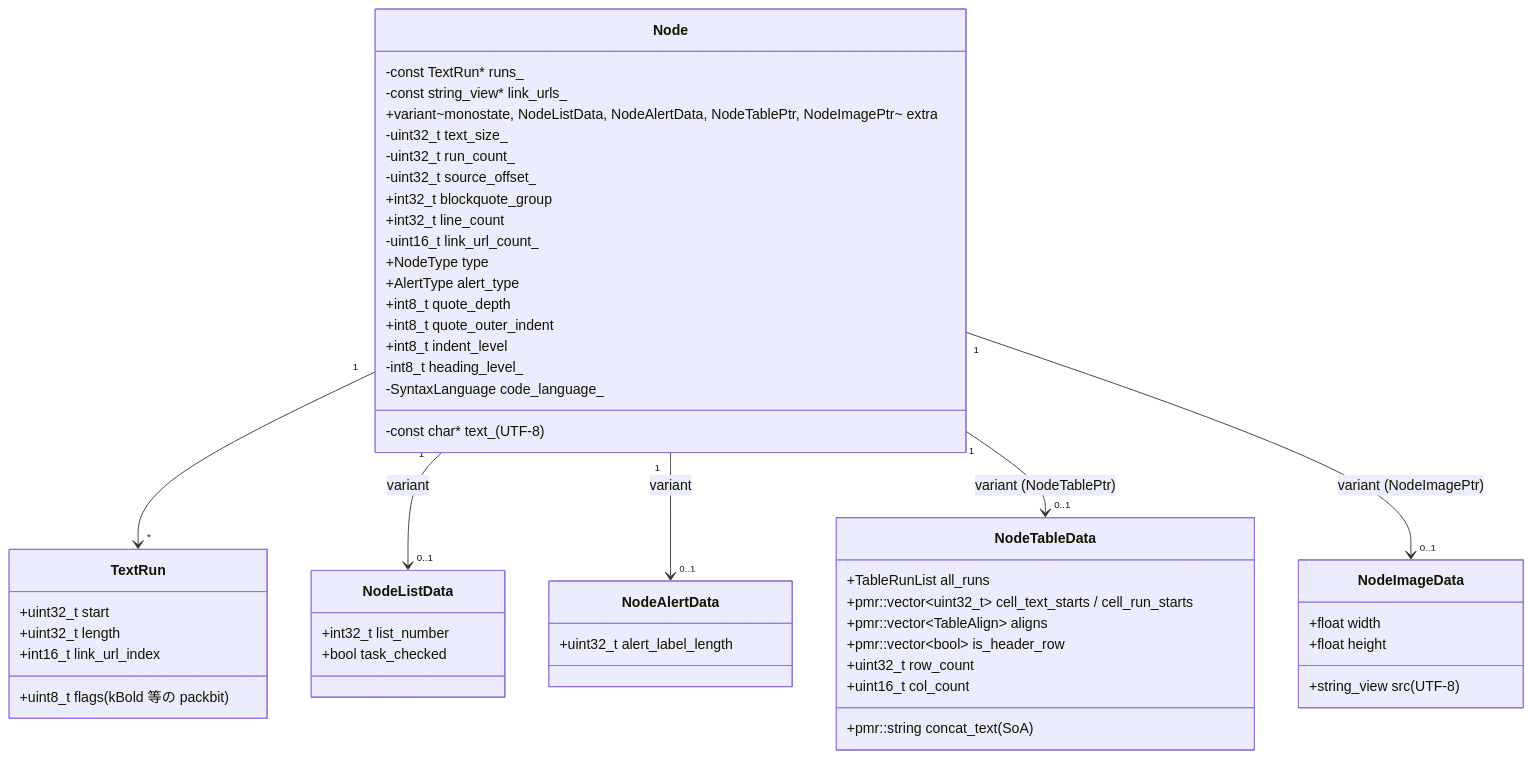
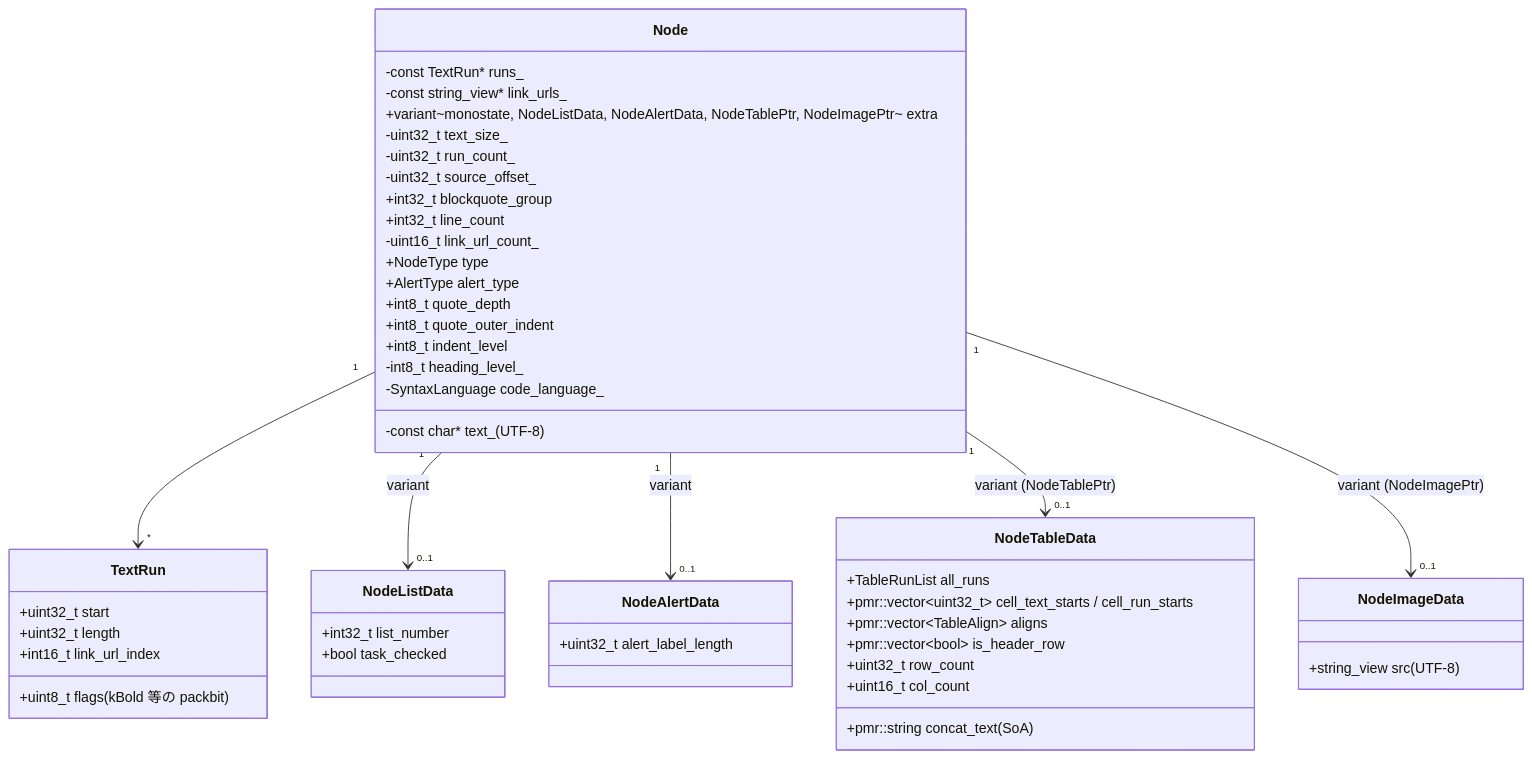
Diagram 15 of 27 in example/test.md (tanaton/mendo), drawn with Mermaid before and after one commit. The commit also changed other lines of this file and 134 other files, not shown here.

````diff
--- a/example/test.md
+++ b/example/test.md
@@ -2656,60 +2694,58 @@
 ```mermaid
 classDiagram
     class Node {
         -const char* text_ (UTF-8)
         -const TextRun* runs_
         -const string_view* link_urls_
         +variant~monostate, NodeListData, NodeAlertData, NodeTablePtr, NodeImagePtr~ extra
         -uint32_t text_size_
         -uint32_t run_count_
         -uint32_t source_offset_
         +int32_t blockquote_group
         +int32_t line_count
         -uint16_t link_url_count_
         +NodeType type
         +AlertType alert_type
         +int8_t quote_depth
         +int8_t quote_outer_indent
         +int8_t indent_level
         -int8_t heading_level_
         -SyntaxLanguage code_language_
     }
 
     class NodeListData {
         +int32_t list_number
         +bool task_checked
     }
 
     class NodeAlertData {
         +uint32_t alert_label_length
     }
 
     class NodeTableData {
         +pmr::string concat_text (SoA)
         +TableRunList all_runs
         +pmr::vector~uint32_t~ cell_text_starts / cell_run_starts
         +pmr::vector~TableAlign~ aligns
         +pmr::vector~bool~ is_header_row
         +uint32_t row_count
         +uint16_t col_count
     }
 
     class NodeImageData {
         +string_view src (UTF-8)
-        +float width
-        +float height
     }
 
     class TextRun {
         +uint32_t start
         +uint32_t length
         +uint8_t flags (kBold 等の packbit)
         +int16_t link_url_index
     }
 
     Node "1" --> "*" TextRun
     Node "1" --> "0..1" NodeListData : variant
     Node "1" --> "0..1" NodeAlertData : variant
     Node "1" --> "0..1" NodeTableData : variant (NodeTablePtr)
     Node "1" --> "0..1" NodeImageData : variant (NodeImagePtr)
 ```
````
